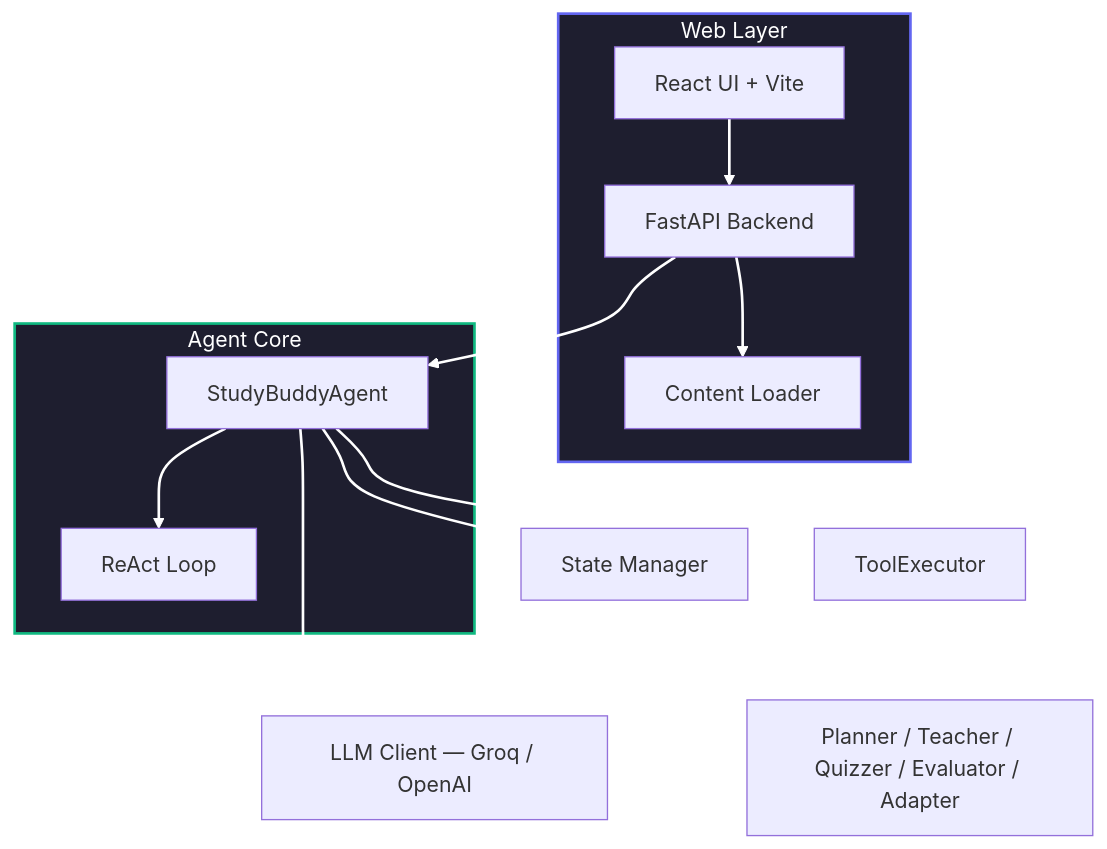
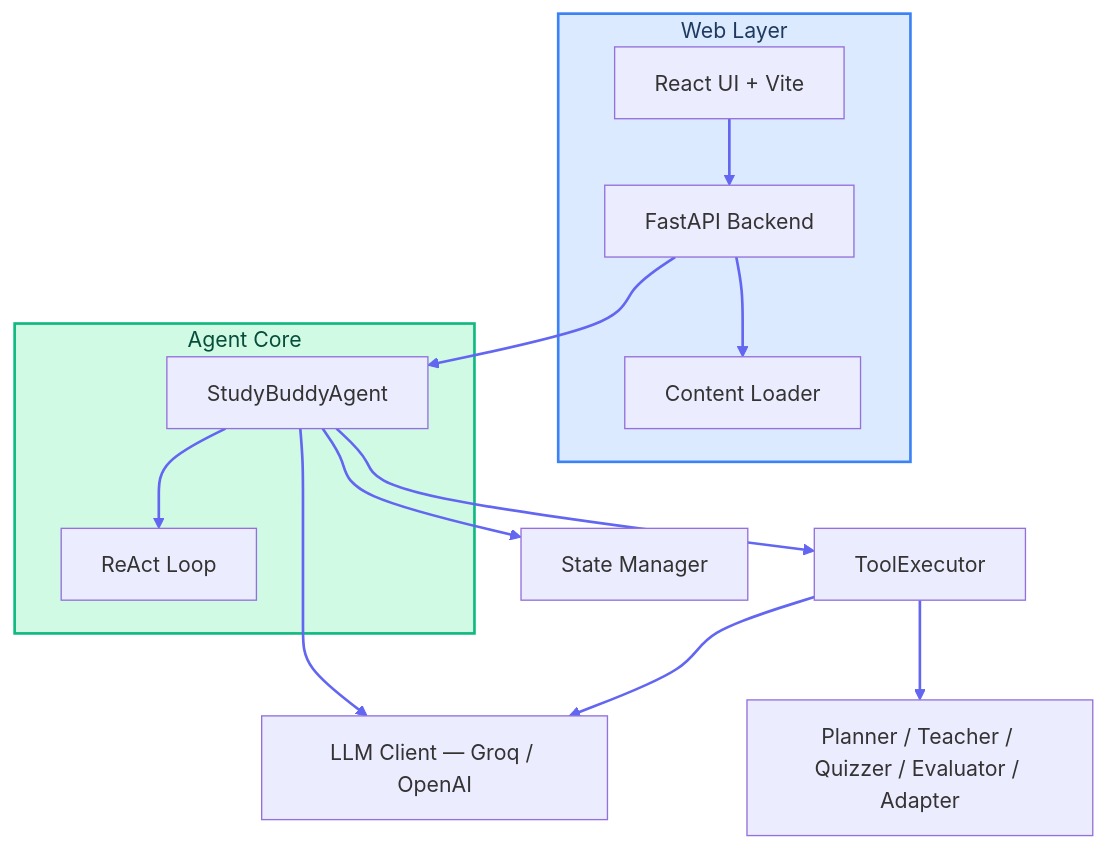
One commit to ebinzacharias/ez-agentic-study-buddy changed the first of 6 diagrams in ARCHITECTURE.md. Above: the diagram before and after it, drawn with Mermaid. The commit also changed other lines of this file and 1 other file, not shown here.

````diff
--- a/ARCHITECTURE.md
+++ b/ARCHITECTURE.md
@@ -5,33 +5,33 @@
 ```mermaid
 flowchart TD
-    style Web fill:#1E1E2F,stroke:#6366F1,stroke-width:2px,color:#FFFFFF
-    style Core fill:#1E1E2F,stroke:#10B981,stroke-width:2px,color:#FFFFFF
+    style Web fill:#DBEAFE,stroke:#3B82F6,stroke-width:2px,color:#1E3A5F
+    style Core fill:#D1FAE5,stroke:#10B981,stroke-width:2px,color:#064E3B
 
-    linkStyle default stroke:#FFFFFF,stroke-width:2px
+    linkStyle default stroke:#6366F1,stroke-width:2px
 
     subgraph Web[Web Layer]
         UI[React UI + Vite]
         API[FastAPI Backend]
         CL[Content Loader]
     end
 
     subgraph Core[Agent Core]
         Agent[StudyBuddyAgent]
         ReAct[ReAct Loop]
         Agent --> ReAct
     end
     
     LLM[LLM Client — Groq / OpenAI]
     State[State Manager]
     ToolExec[ToolExecutor]
     Tools[Planner / Teacher / Quizzer / Evaluator / Adapter]
     
     UI --> API
     API --> CL
     API --> Agent
     Agent --> LLM
     Agent --> State
     Agent --> ToolExec
     ToolExec --> LLM
     ToolExec --> Tools
 ```
````
